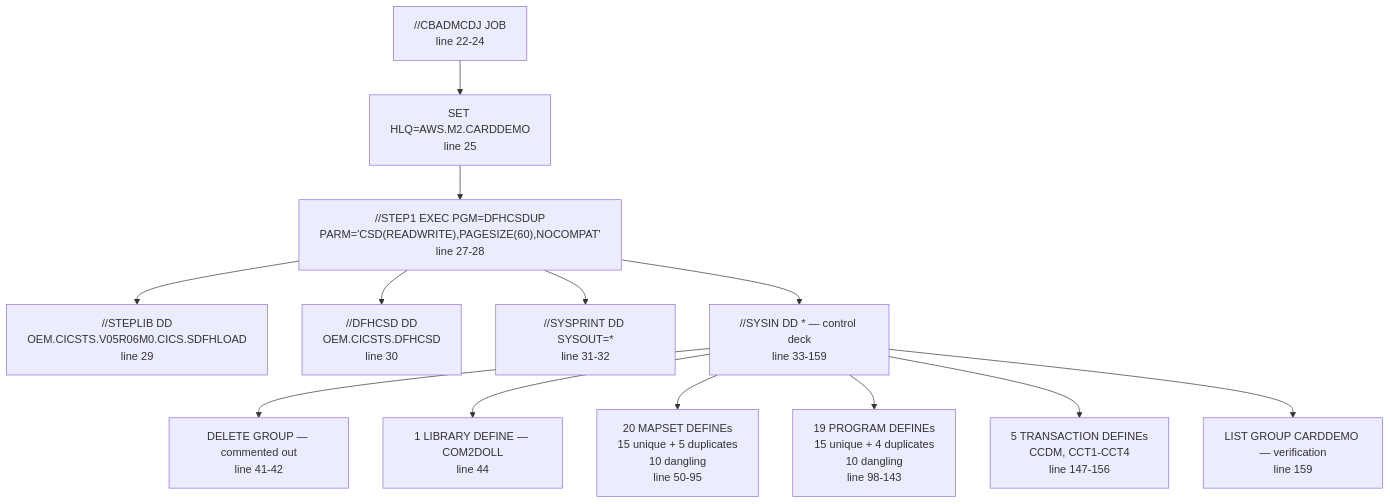
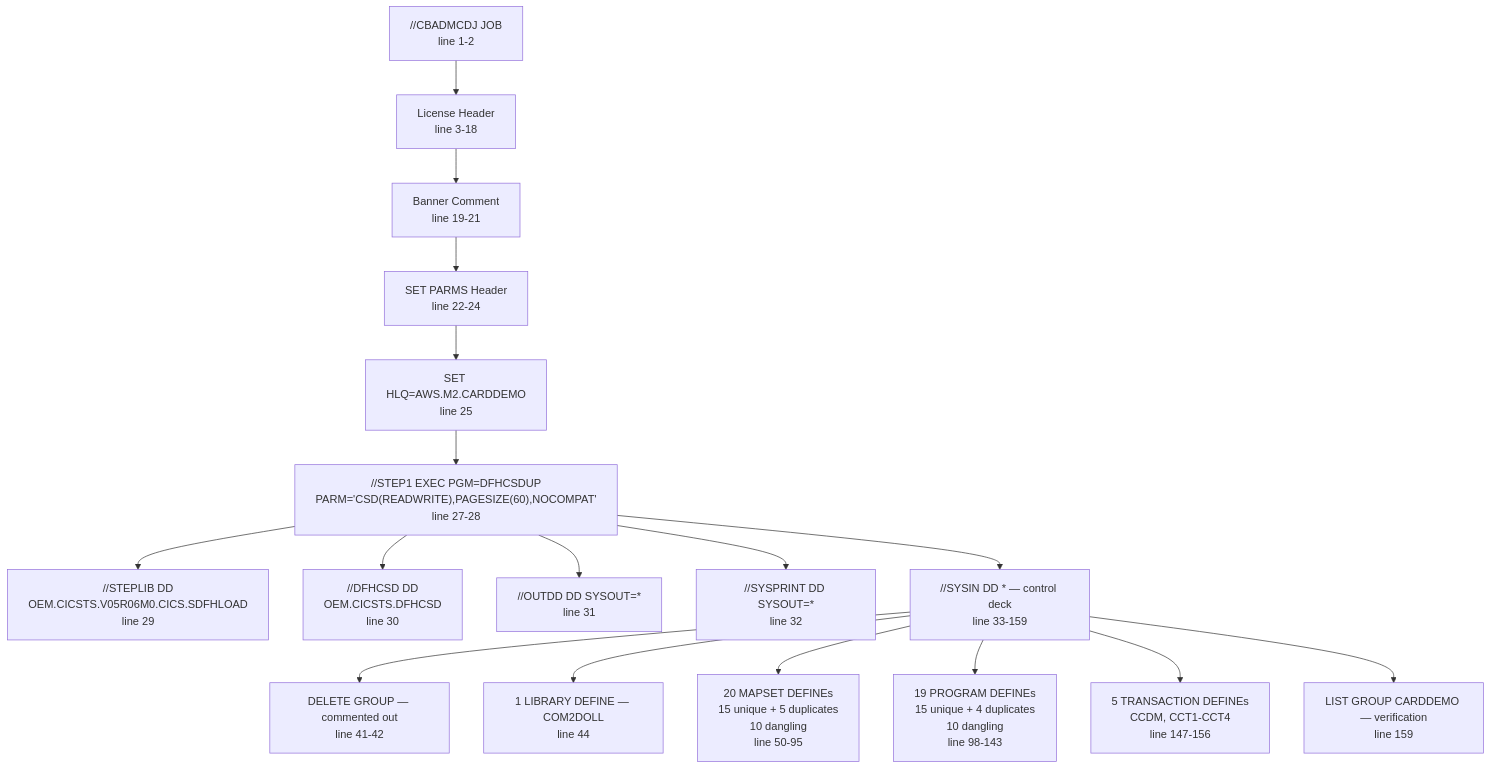
One commit to Blitzy-Sandbox/blitzy-card-demo changed the diagram in docs/bre/CBADMCDJ_BRE.md. Above: the diagram before and after it, drawn with Mermaid. The commit also changed other lines of this file and 2 other files, not shown here.

````diff
--- a/docs/bre/CBADMCDJ_BRE.md
+++ b/docs/bre/CBADMCDJ_BRE.md
@@ -19,15 +19,19 @@
 ```mermaid
 graph TD
-    JOB["//CBADMCDJ JOB<br/>line 22-24"] --> SET["SET HLQ=AWS.M2.CARDDEMO<br/>line 25"]
+    JOB["//CBADMCDJ JOB<br/>line 1-2"] --> LIC["License Header<br/>line 3-18"]
+    LIC --> BAN["Banner Comment<br/>line 19-21"]
+    BAN --> SETHDR["SET PARMS Header<br/>line 22-24"]
+    SETHDR --> SET["SET HLQ=AWS.M2.CARDDEMO<br/>line 25"]
     SET --> STEP1["//STEP1 EXEC PGM=DFHCSDUP<br/>PARM='CSD(READWRITE),PAGESIZE(60),NOCOMPAT'<br/>line 27-28"]
     STEP1 --> STEPLIB["//STEPLIB DD<br/>OEM.CICSTS.V05R06M0.CICS.SDFHLOAD<br/>line 29"]
     STEP1 --> DFHCSD["//DFHCSD DD<br/>OEM.CICSTS.DFHCSD<br/>line 30"]
-    STEP1 --> SYSPRINT["//SYSPRINT DD SYSOUT=*<br/>line 31-32"]
+    STEP1 --> OUTDD["//OUTDD DD SYSOUT=*<br/>line 31"]
+    STEP1 --> SYSPRINT["//SYSPRINT DD SYSOUT=*<br/>line 32"]
     STEP1 --> SYSIN["//SYSIN DD * — control deck<br/>line 33-159"]
     SYSIN --> CTRL1["DELETE GROUP — commented out<br/>line 41-42"]
     SYSIN --> CTRL2["1 LIBRARY DEFINE — COM2DOLL<br/>line 44"]
     SYSIN --> CTRL3["20 MAPSET DEFINEs<br/>15 unique + 5 duplicates<br/>10 dangling<br/>line 50-95"]
     SYSIN --> CTRL4["19 PROGRAM DEFINEs<br/>15 unique + 4 duplicates<br/>10 dangling<br/>line 98-143"]
     SYSIN --> CTRL5["5 TRANSACTION DEFINEs<br/>CCDM, CCT1-CCT4<br/>line 147-156"]
     SYSIN --> CTRL6["LIST GROUP CARDDEMO — verification<br/>line 159"]
 ```
````
